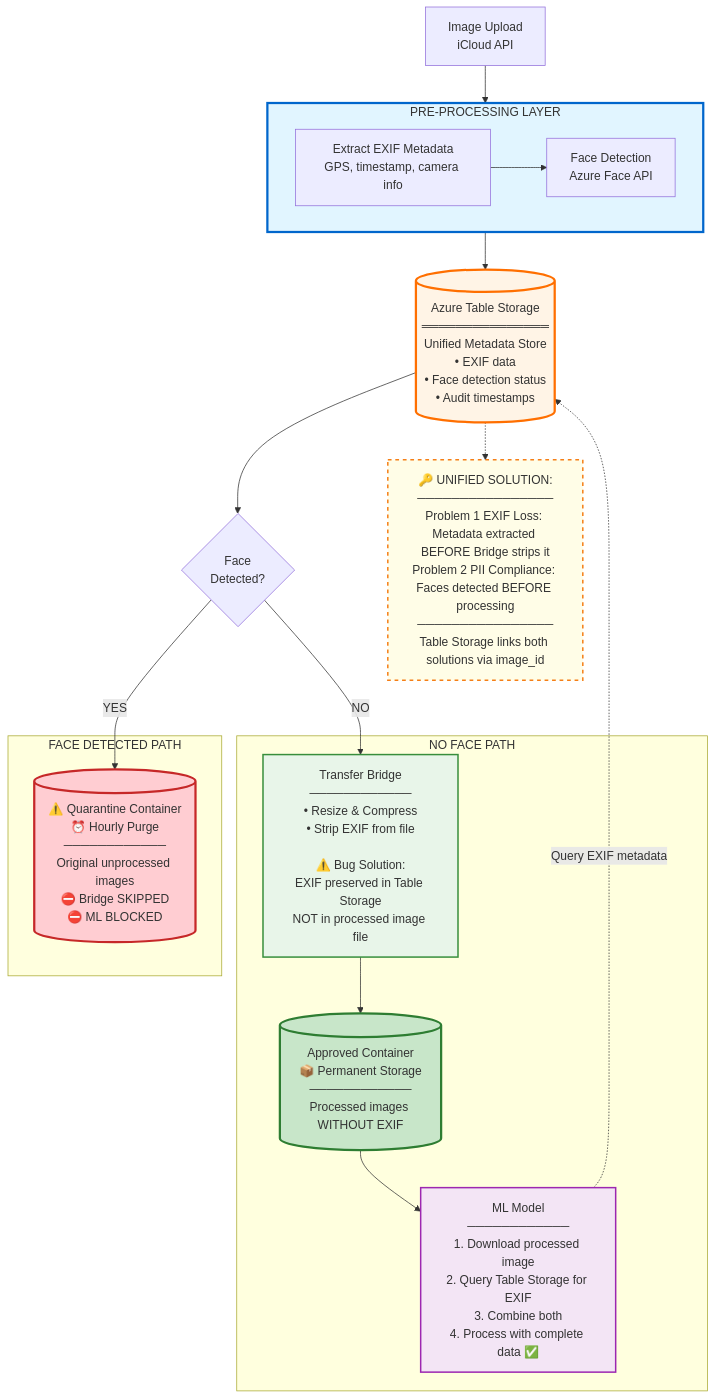
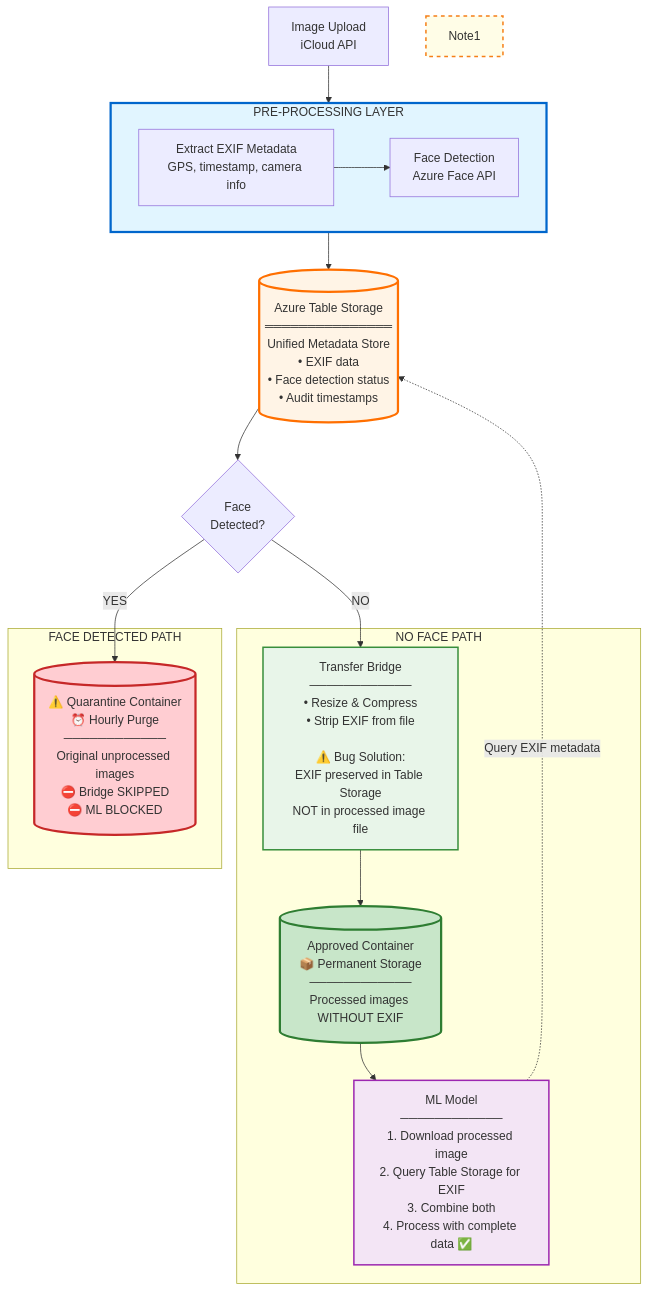
The diagram in 03. The-Privacy/Solution architecture.md (anandSgunti/cloud), drawn with Mermaid before and after one commit.

Commit message:
Update Solution architecture.md

````diff
--- a/03. The-Privacy/Solution architecture.md
+++ b/03. The-Privacy/Solution architecture.md
@@ -17,47 +17,44 @@
 ```mermaid
 flowchart TD
     Start[Image Upload<br/>iCloud API]
     
     subgraph PreProcess[PRE-PROCESSING LAYER]
         ExtractEXIF[Extract EXIF Metadata<br/>GPS, timestamp, camera info]
         FaceDetect[Face Detection<br/>Azure Face API]
         ExtractEXIF --> FaceDetect
     end
     
     TableStorage[(Azure Table Storage<br/>═══════════════<br/>Unified Metadata Store<br/>• EXIF data<br/>• Face detection status<br/>• Audit timestamps)]
     
     Decision{Face<br/>Detected?}
     
     subgraph NoFace[NO FACE PATH]
         Bridge[Transfer Bridge<br/>────────────<br/>• Resize & Compress<br/>• Strip EXIF from file<br/><br/>⚠️ Bug Solution:<br/>EXIF preserved in Table Storage<br/>NOT in processed image file]
         Approved[(Approved Container<br/>📦 Permanent Storage<br/>────────────<br/>Processed images WITHOUT EXIF)]
         ML[ML Model<br/>────────────<br/>1. Download processed image<br/>2. Query Table Storage for EXIF<br/>3. Combine both<br/>4. Process with complete data ✅]
     end
     
     subgraph FacePath[FACE DETECTED PATH]
         Quarantine[(⚠️ Quarantine Container<br/>⏰ Hourly Purge<br/>────────────<br/>Original unprocessed images<br/>⛔ Bridge SKIPPED<br/>⛔ ML BLOCKED)]
     end
     
     Start --> PreProcess
     PreProcess --> TableStorage
     TableStorage --> Decision
     
     Decision -->|NO| Bridge
     Bridge --> Approved
     Approved --> ML
     ML -.Query EXIF metadata.-> TableStorage
     
     Decision -->|YES| Quarantine
     
-    Note1[🔑 UNIFIED SOLUTION:<br/>────────────────<br/>Problem 1 EXIF Loss: Metadata extracted BEFORE Bridge strips it<br/>Problem 2 PII Compliance: Faces detected BEFORE processing<br/>────────────────<br/>Table Storage links both solutions via image_id]
-    
-    TableStorage -.-> Note1
     
     style PreProcess fill:#e1f5ff,stroke:#0066cc,stroke-width:3px
     style TableStorage fill:#fff4e6,stroke:#ff6f00,stroke-width:3px
     style Bridge fill:#e8f5e9,stroke:#388e3c,stroke-width:2px
     style Approved fill:#c8e6c9,stroke:#2e7d32,stroke-width:3px
     style ML fill:#f3e5f5,stroke:#9c27b0,stroke-width:2px
     style Quarantine fill:#ffcdd2,stroke:#c62828,stroke-width:3px
     style Note1 fill:#fffde7,stroke:#f57f17,stroke-width:2px,stroke-dasharray: 5 5
 ```
````
